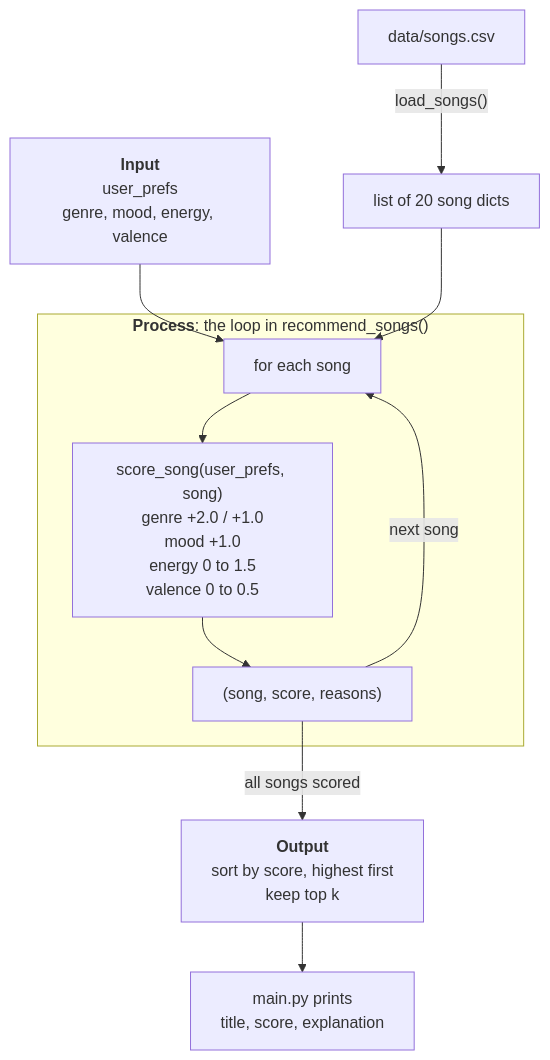
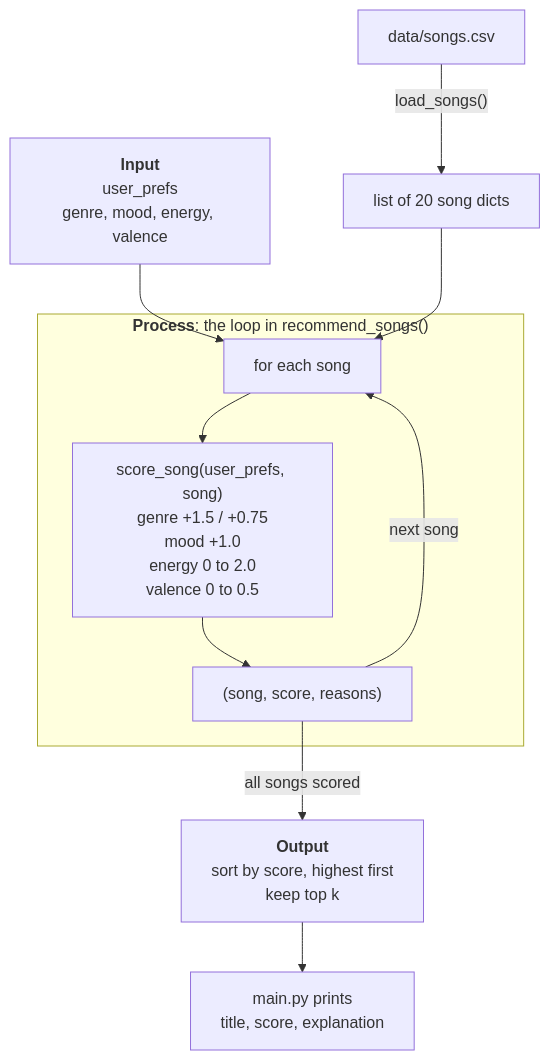
The diagram in README.md (ThePurpleClub/applied-ai-system-project), drawn with Mermaid before and after one commit. The commit also changed other lines of this file and 3 other files, not shown here.

````diff
--- a/README.md
+++ b/README.md
@@ -57,15 +58,15 @@
 ```mermaid
 flowchart TD
     A["<b>Input</b><br/>user_prefs<br/>genre, mood, energy, valence"] --> C
     B["data/songs.csv"] -->|"load_songs()"| L["list of 20 song dicts"]
     L --> C
 
     subgraph P["<b>Process</b>: the loop in recommend_songs()"]
-        C["for each song"] --> S["score_song(user_prefs, song)<br/>genre +2.0 / +1.0<br/>mood +1.0<br/>energy 0 to 1.5<br/>valence 0 to 0.5"]
+        C["for each song"] --> S["score_song(user_prefs, song)<br/>genre +1.5 / +0.75<br/>mood +1.0<br/>energy 0 to 2.0<br/>valence 0 to 0.5"]
         S --> R["(song, score, reasons)"]
         R -->|next song| C
     end
 
     R -->|all songs scored| O["<b>Output</b><br/>sort by score, highest first<br/>keep top k"]
     O --> M["main.py prints<br/>title, score, explanation"]
 ```
````
